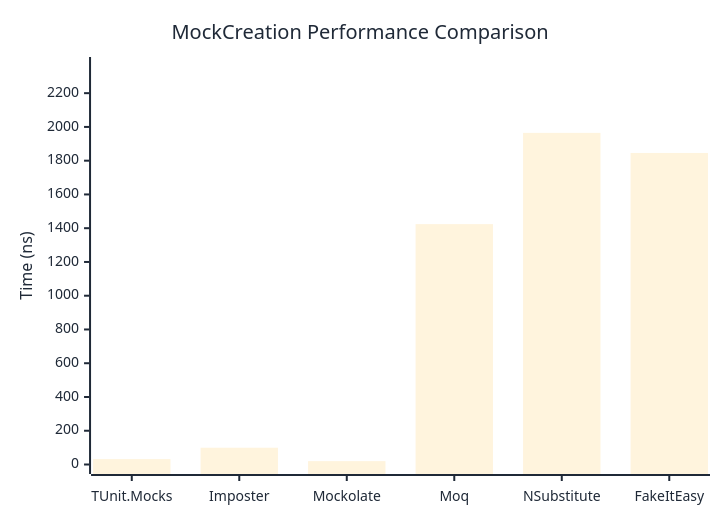
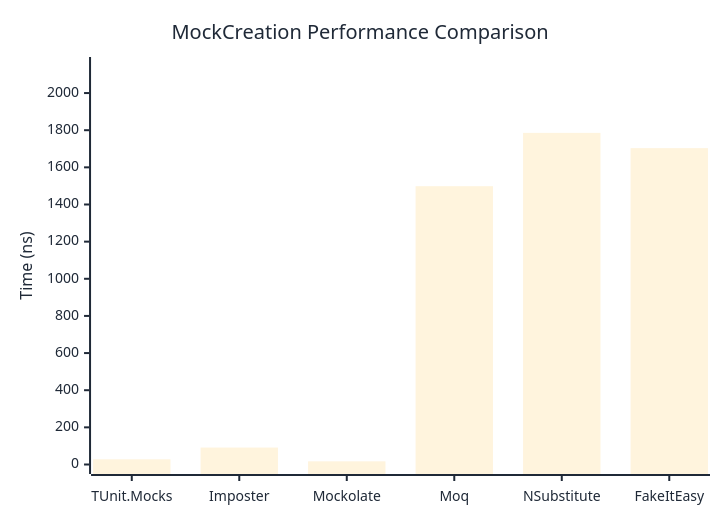
The first of 2 diagrams in docs/docs/benchmarks/mocks/MockCreation.md (thomhurst/TUnit), drawn with Mermaid before and after one commit. The commit also changed other lines of this file and 14 other files, not shown here.

````diff
--- a/docs/docs/benchmarks/mocks/MockCreation.md
+++ b/docs/docs/benchmarks/mocks/MockCreation.md
@@ -30,27 +30,27 @@
 ```mermaid
 %%{init: {
   'theme':'base',
   'themeVariables': {
     'primaryColor': '#2563eb',
     'primaryTextColor': '#1f2937',
     'primaryBorderColor': '#1e40af',
     'lineColor': '#6b7280',
     'secondaryColor': '#7c3aed',
     'tertiaryColor': '#dc2626',
     'background': '#ffffff',
     'pie1': '#2563eb',
     'pie2': '#7c3aed',
     'pie3': '#dc2626',
     'pie4': '#f59e0b',
     'pie5': '#10b981',
     'pie6': '#06b6d4',
     'pie7': '#ec4899',
     'pie8': '#6366f1'
   }
 }}%%
 xychart-beta
   title "MockCreation Performance Comparison"
   x-axis ["TUnit.Mocks", "Imposter", "Mockolate", "Moq", "NSubstitute", "FakeItEasy"]
-  y-axis "Time (ns)" 0 --> 2358
-  bar [31.97, 99.43, 19.97, 1424.09, 1964.82, 1845.82]
+  y-axis "Time (ns)" 0 --> 2143
+  bar [28.02, 91.19, 17.05, 1498.58, 1785.62, 1703.44]
 ```
````
